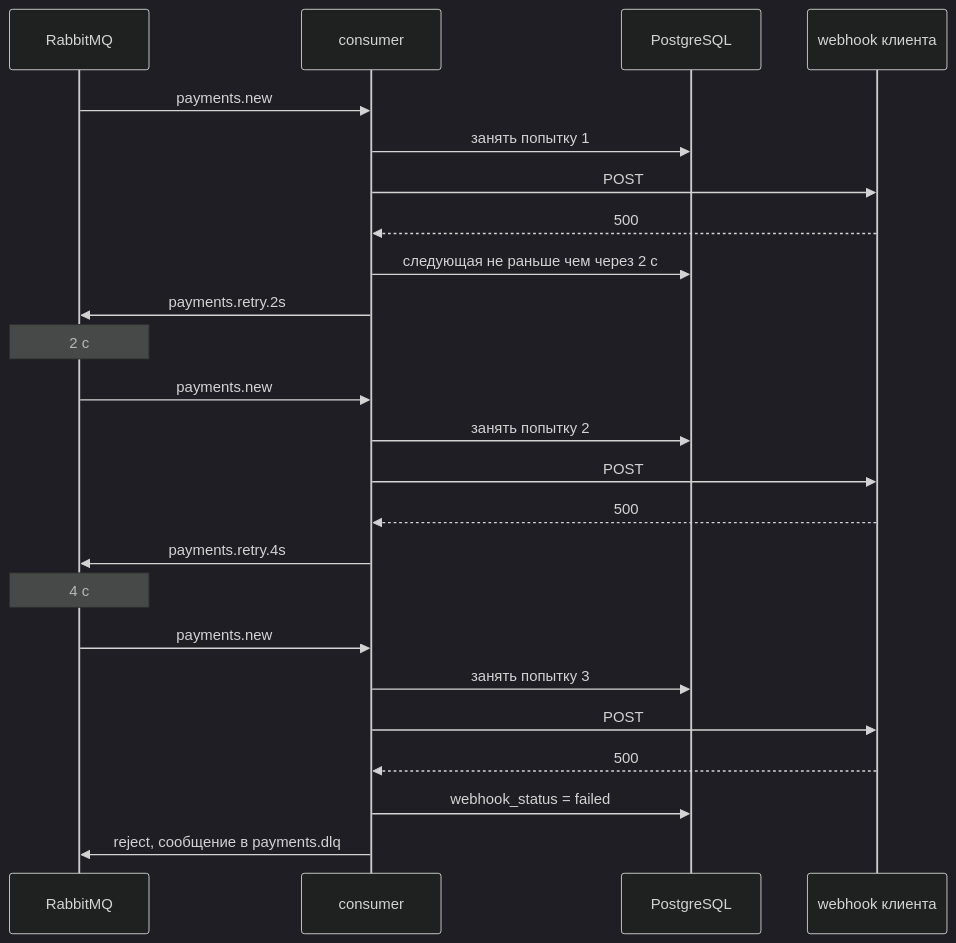
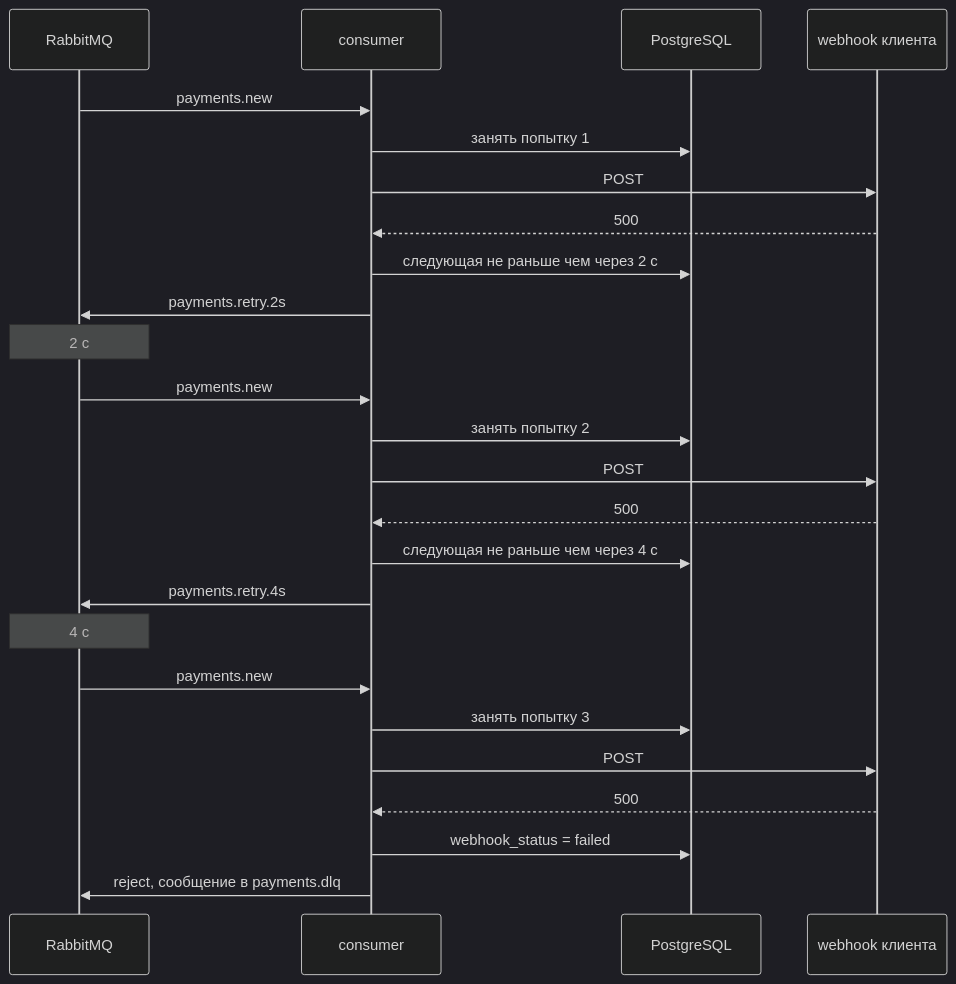
Before and after one commit to Refusned/payment-processing-service: the third of 3 diagrams in README.md, drawn with Mermaid (dark theme). The commit also changed other lines of this file, not shown here.

Commit message:
README: simpler status diagram

````diff
--- a/README.md
+++ b/README.md
@@ -80,26 +77,27 @@
 ```mermaid
 sequenceDiagram
     participant Q as RabbitMQ
     participant C as consumer
     participant DB as PostgreSQL
     participant W as webhook клиента
     Q->>C: payments.new
     C->>DB: занять попытку 1
     C->>W: POST
     W-->>C: 500
     C->>DB: следующая не раньше чем через 2 c
     C->>Q: payments.retry.2s
     Note over Q: 2 c
     Q->>C: payments.new
     C->>DB: занять попытку 2
     C->>W: POST
     W-->>C: 500
+    C->>DB: следующая не раньше чем через 4 c
     C->>Q: payments.retry.4s
     Note over Q: 4 c
     Q->>C: payments.new
     C->>DB: занять попытку 3
     C->>W: POST
     W-->>C: 500
     C->>DB: webhook_status = failed
     C->>Q: reject, сообщение в payments.dlq
 ```
````
